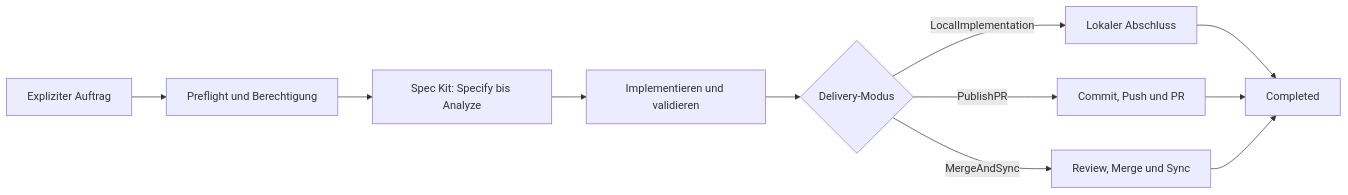
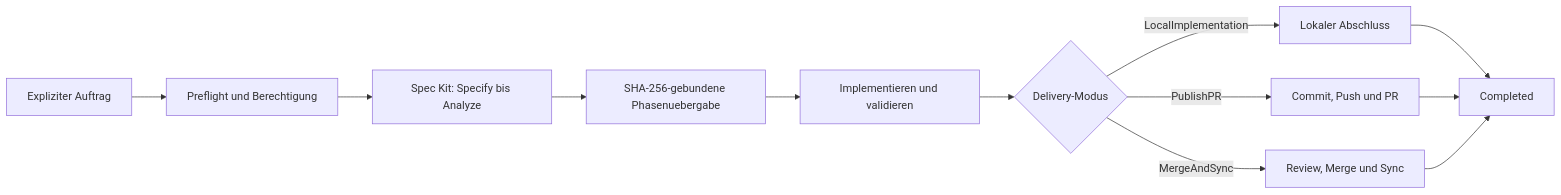
The diagram in specs/spec-kit-presets/autonomous-run-governance/README.md (hindermath/home-baseline), drawn with Mermaid before and after one commit. The commit also changed other lines of this file and 212 other files, not shown here.

````diff
--- a/specs/spec-kit-presets/autonomous-run-governance/README.md
+++ b/specs/spec-kit-presets/autonomous-run-governance/README.md
@@ -36,13 +37,14 @@
 ```mermaid
 flowchart LR
     A["Expliziter Auftrag"] --> B["Preflight und Berechtigung"]
     B --> C["Spec Kit: Specify bis Analyze"]
-    C --> D["Implementieren und validieren"]
+    C --> R["SHA-256-gebundene Phasenuebergabe"]
+    R --> D["Implementieren und validieren"]
     D --> E{"Delivery-Modus"}
     E -->|LocalImplementation| F["Lokaler Abschluss"]
     E -->|PublishPR| G["Commit, Push und PR"]
     E -->|MergeAndSync| H["Review, Merge und Sync"]
     F --> I["Completed"]
     G --> I
     H --> I
 ```
````
